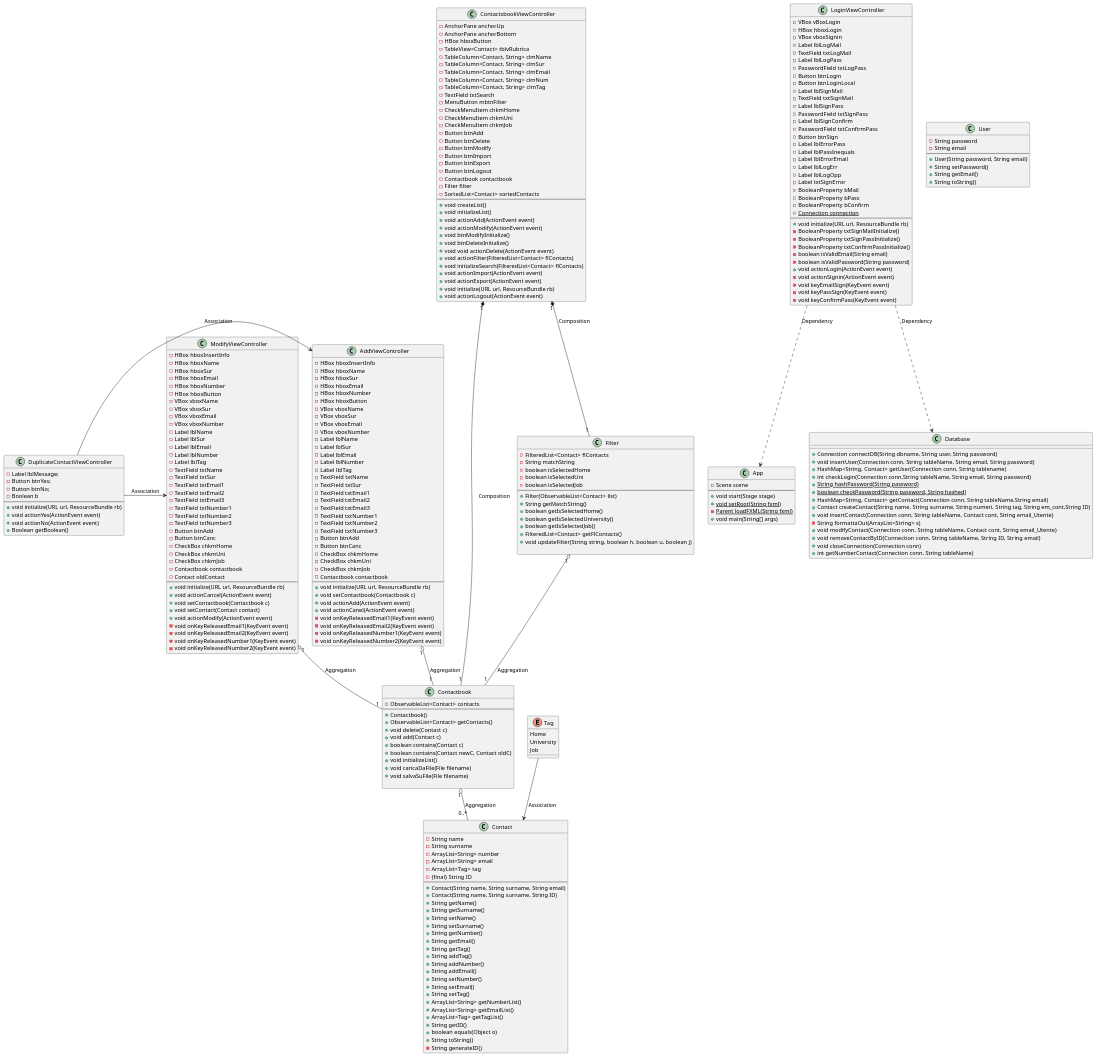
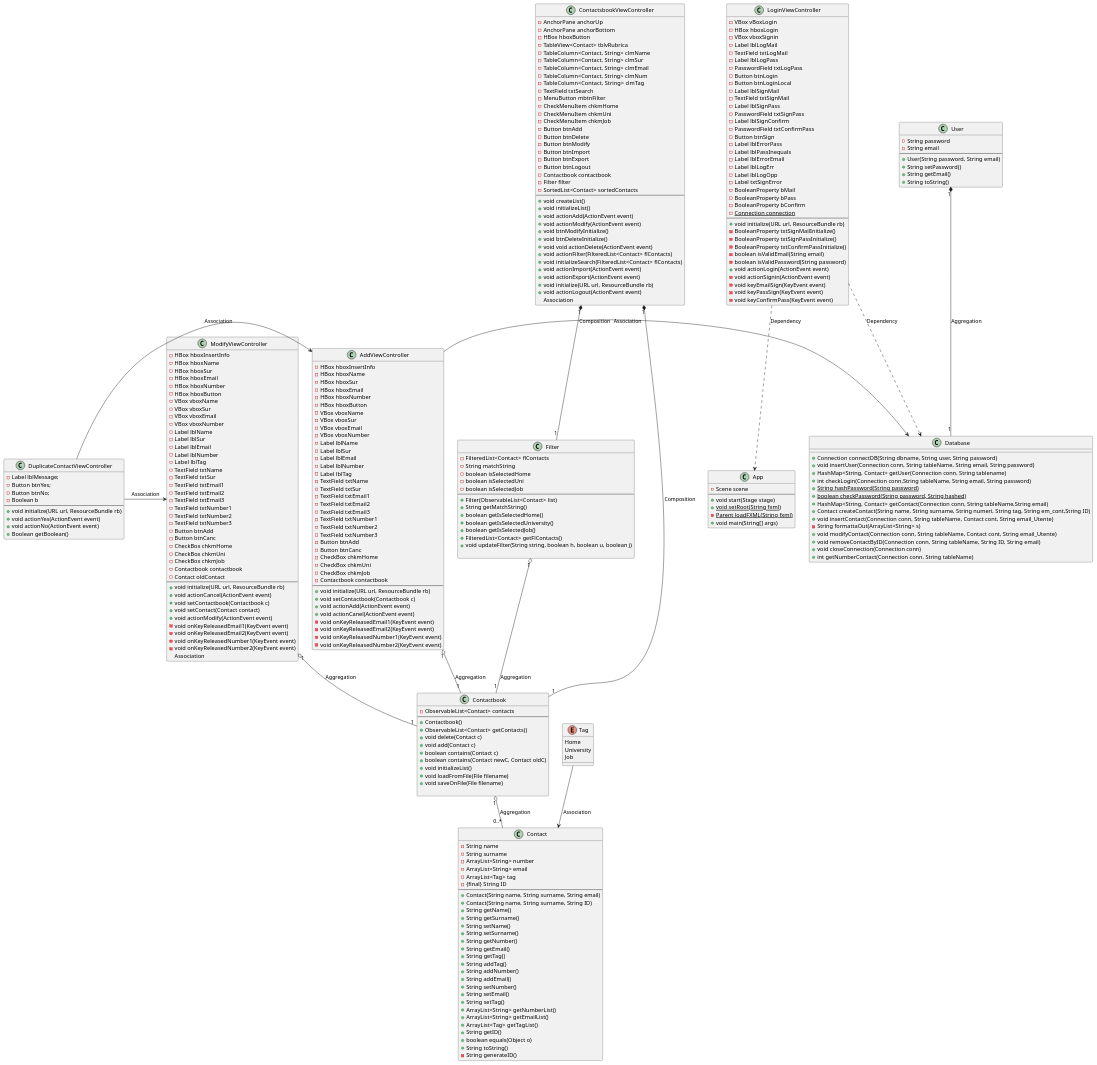
One commit to CupoMeridio/Ingegneria-del-software-2024-2025 changed the diagram in src/main/resources/DiagrammaDelleClassi/DiagrammaClassiFull.puml. Above: the diagram before and after it, drawn with PlantUML. The commit also changed 7 other files, not shown here.

Commit message:
Modifica diagrammaClassi

```diff
--- a/src/main/resources/DiagrammaDelleClassi/DiagrammaClassiFull.puml
+++ b/src/main/resources/DiagrammaDelleClassi/DiagrammaClassiFull.puml
@@ -79,8 +79,8 @@
     + boolean contains(Contact c)
     + boolean contains(Contact newC, Contact oldC)
     + void initializeList()
-    + void caricaDaFile(File filename)
-    + void salvaSuFile(File filename)
+    + void loadFromFile(File filename)
+    + void saveOnFile(File filename)
 
 }
 
@@ -288,6 +288,9 @@
 Tag --> Contact : Association
 DuplicateContactViewController -> AddViewController : Association
 DuplicateContactViewController -> ModifyViewController : Association
+AddViewController -> Database : Association
+ContactsbookViewController : Association
+ModifyViewController : Association 
 
 ContactsbookViewController "1" *-- "1" Contactbook : Composition
 ContactsbookViewController "1" *-- "1" Filter : Composition
@@ -296,6 +299,7 @@
 AddViewController "1" o-- "1" Contactbook : Aggregation
 ModifyViewController  "1" o-- "1"  Contactbook : Aggregation 
 Contactbook "1" o-- "0..*" Contact  : Aggregation
+User "1" *-- "1" Database: Aggregation
 
 
 LoginViewController ..> Database : Dependency
```
